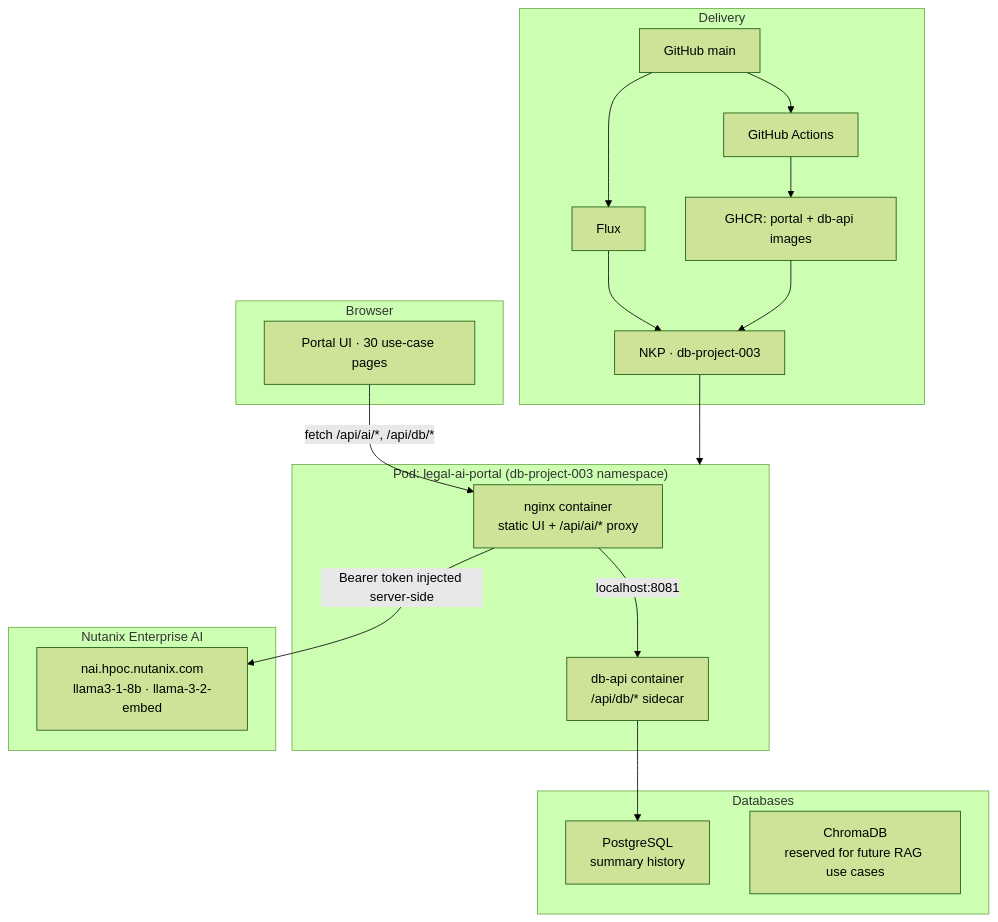
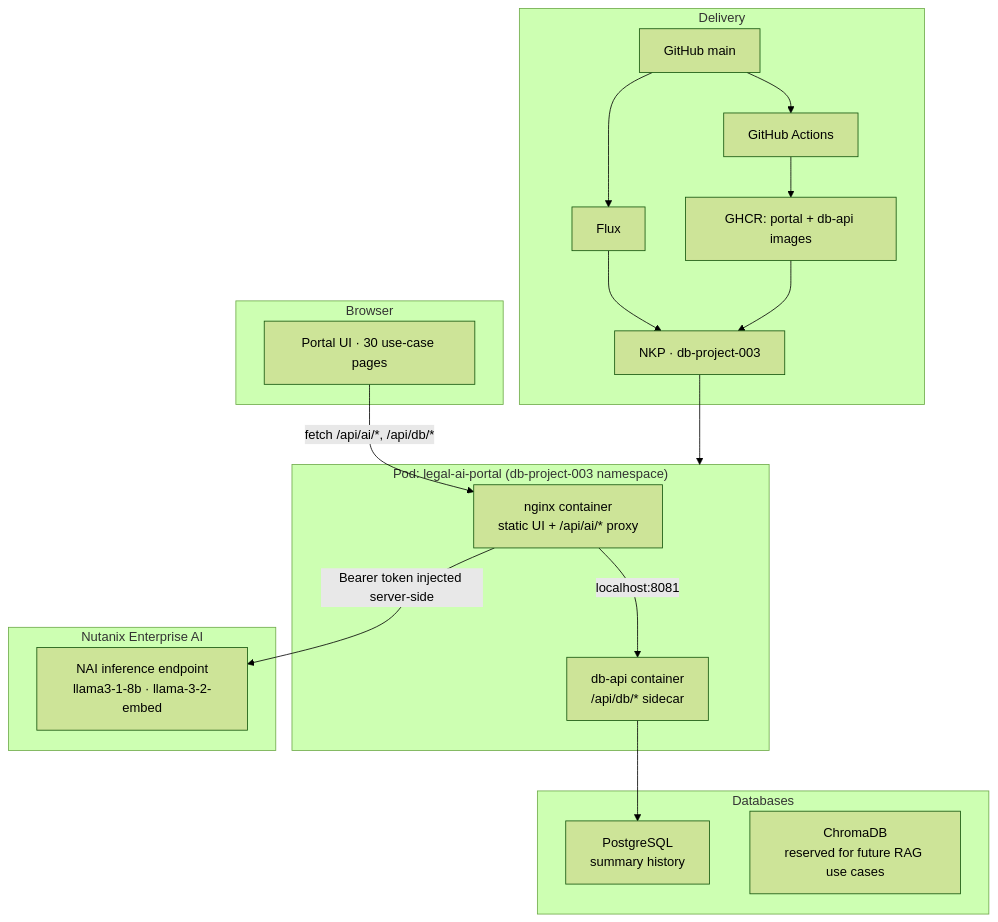
One commit to script-repo/ucdemo-003-legal changed the diagram in README.md. Above: the diagram before and after it, drawn with Mermaid (forest theme).

Commit message:
README: remove internal NAI hostname from architecture diagram

````diff
--- a/README.md
+++ b/README.md
@@ -22,38 +22,38 @@
 ```mermaid
 flowchart TB
   subgraph browser["Browser"]
     UI["Portal UI · 30 use-case pages"]
   end
 
   subgraph pod["Pod: legal-ai-portal (db-project-003 namespace)"]
     Nginx["nginx container<br/>static UI + /api/ai/* proxy"]
     DbApi["db-api container<br/>/api/db/* sidecar"]
     Nginx -->|"localhost:8081"| DbApi
   end
 
   subgraph data["Databases"]
     PG["PostgreSQL<br/>summary history"]
     Chroma["ChromaDB<br/>reserved for future RAG use cases"]
   end
 
   subgraph inference["Nutanix Enterprise AI"]
-    NAI["nai.hpoc.nutanix.com<br/>llama3-1-8b · llama-3-2-embed"]
+    NAI["NAI inference endpoint<br/>llama3-1-8b · llama-3-2-embed"]
   end
 
   subgraph gitops["Delivery"]
     Git["GitHub main"]
     GHA["GitHub Actions"]
     GHCR["GHCR: portal + db-api images"]
     Flux["Flux"]
     NKP["NKP · db-project-003"]
   end
 
   UI -->|"fetch /api/ai/*, /api/db/*"| Nginx
   Nginx -->|"Bearer token injected server-side"| NAI
   DbApi --> PG
 
   Git --> GHA --> GHCR
   Git --> Flux --> NKP
   GHCR --> NKP
   NKP --> pod
 ```
````
